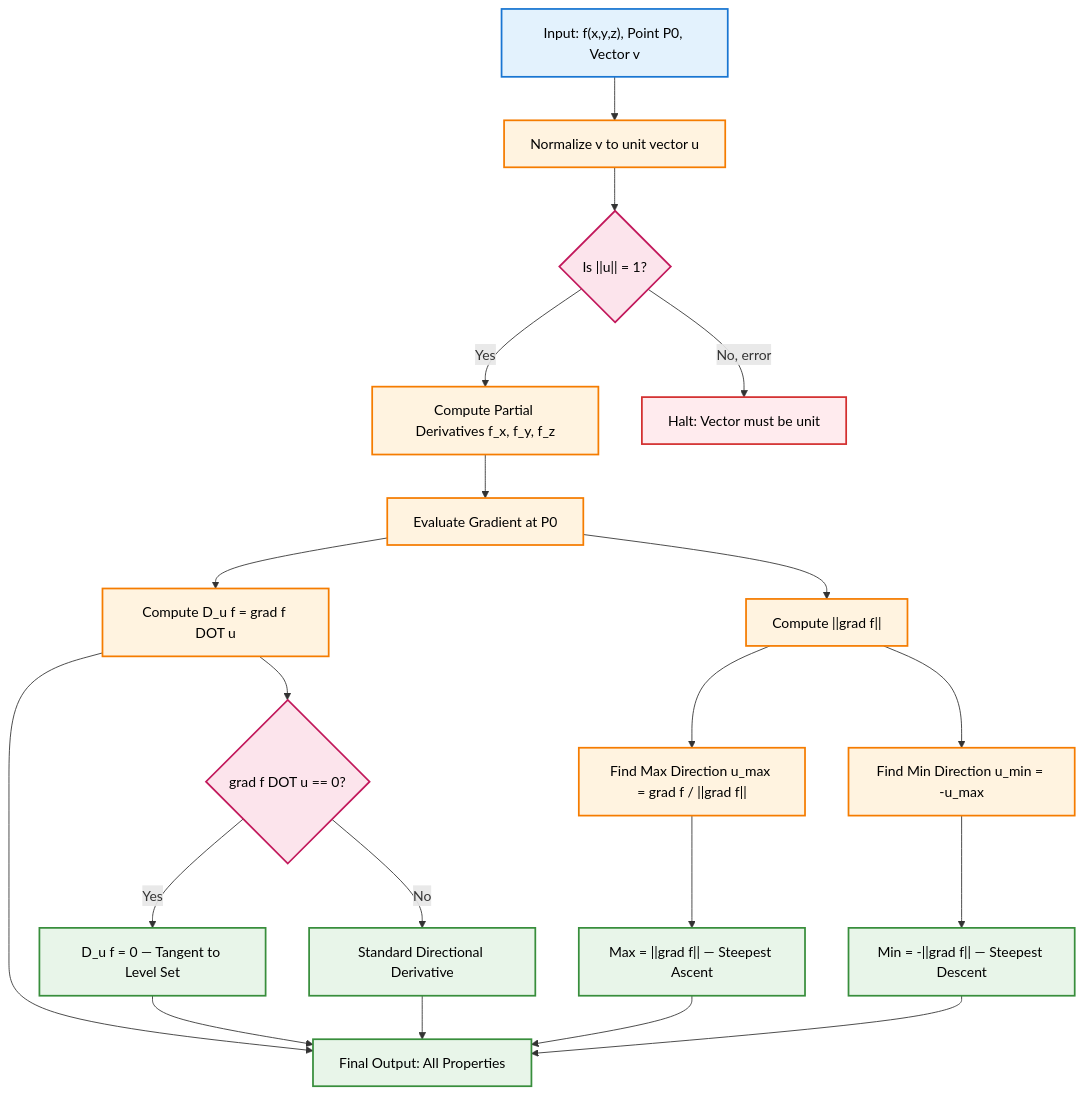
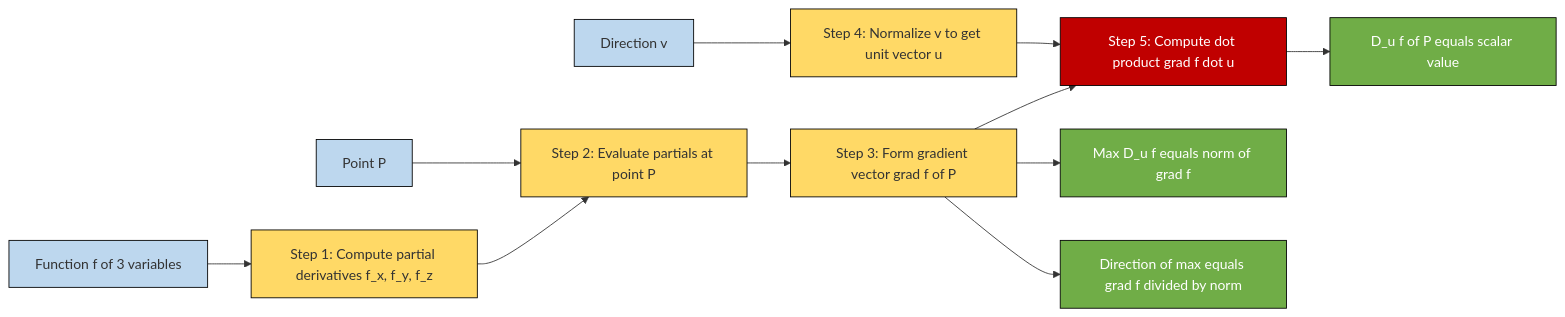
Before and after one commit to vishnuu-kr/ktunode: the second of 4 diagrams in public/notes/computer-science-and-engineering/semester-1/gamat101-mathematics-for-information-science-1/03-module-3-the-chain-rule-functions-of-three-variables/properties-of-the-directional-derivative/notes.md, drawn with Mermaid. The commit also changed other lines of this file and 4829 other files, not shown here.

````diff
--- a/public/notes/computer-science-and-engineering/semester-1/gamat101-mathematics-for-information-science-1/03-module-3-the-chain-rule-functions-of-three-variables/properties-of-the-directional-derivative/notes.md
+++ b/public/notes/computer-science-and-engineering/semester-1/gamat101-mathematics-for-information-science-1/03-module-3-the-chain-rule-functions-of-three-variables/properties-of-the-directional-derivative/notes.md
@@ -516,44 +474,39 @@
 ```mermaid
-flowchart TD
-    A["Input: f(x,y,z), Point P0, Vector v"]:::input
-    B["Normalize v to unit vector u"]:::process
-    C{"Is ||u|| = 1?"}:::decision
-    D["Compute Partial Derivatives f_x, f_y, f_z"]:::process
-    E["Evaluate Gradient at P0"]:::process
-    F["Compute D_u f = grad f DOT u"]:::process
-    G["Compute ||grad f||"]:::process
-    H["Find Max Direction u_max = grad f / ||grad f||"]:::process
-    I["Find Min Direction u_min = -u_max"]:::process
-    J{"grad f DOT u == 0?"}:::decision
-    K["D_u f = 0 — Tangent to Level Set"]:::output
-    L["Standard Directional Derivative"]:::output
-    M["Max = ||grad f|| — Steepest Ascent"]:::output
-    N["Min = -||grad f|| — Steepest Descent"]:::output
-    O["Final Output: All Properties"]:::output
-
-    A --> B
-    B --> C
-    C -- "No, error" --> P["Halt: Vector must be unit"]:::error
-    C -- "Yes" --> D
-    D --> E
-    E --> F
-    E --> G
-    G --> H
-    G --> I
-    F --> J
-    J -- "Yes" --> K
-    J -- "No" --> L
-    H --> M
-    I --> N
-    F --> O
-    K --> O
-    L --> O
-    M --> O
-    N --> O
-
-    classDef input fill:#e3f2fd,stroke:#1976d2,stroke-width:2px,color:#000
-    classDef process fill:#fff3e0,stroke:#f57c00,stroke-width:2px,color:#000
-    classDef decision fill:#fce4ec,stroke:#c2185b,stroke-width:2px,color:#000
-    classDef output fill:#e8f5e9,stroke:#388e3c,stroke-width:2px,color:#000
-    classDef error fill:#ffebee,stroke:#d32f2f,stroke-width:2px,color:#000
+flowchart LR
+    Input1["Function f of 3 variables"]
+    Input2["Point P"]
+    Input3["Direction v"]
+    
+    Step1["Step 1: Compute partial derivatives f_x, f_y, f_z"]
+    Step2["Step 2: Evaluate partials at point P"]
+    Step3["Step 3: Form gradient vector grad f of P"]
+    Step4["Step 4: Normalize v to get unit vector u"]
+    Step5["Step 5: Compute dot product grad f dot u"]
+    
+    Output1["D_u f of P equals scalar value"]
+    Output2["Max D_u f equals norm of grad f"]
+    Output3["Direction of max equals grad f divided by norm"]
+    
+    Input1 --> Step1
+    Input2 --> Step2
+    Step1 --> Step2
+    Step2 --> Step3
+    Input3 --> Step4
+    Step3 --> Step5
+    Step4 --> Step5
+    Step5 --> Output1
+    Step3 --> Output2
+    Step3 --> Output3
+    
+    style Input1 fill:#bdd7ee,stroke:#000
+    style Input2 fill:#bdd7ee,stroke:#000
+    style Input3 fill:#bdd7ee,stroke:#000
+    style Step1 fill:#ffd966,stroke:#000
+    style Step2 fill:#ffd966,stroke:#000
+    style Step3 fill:#ffd966,stroke:#000
+    style Step4 fill:#ffd966,stroke:#000
+    style Step5 fill:#c00000,stroke:#000,color:#fff
+    style Output1 fill:#70ad47,stroke:#000,color:#fff
+    style Output2 fill:#70ad47,stroke:#000,color:#fff
+    style Output3 fill:#70ad47,stroke:#000,color:#fff
 ```
````
